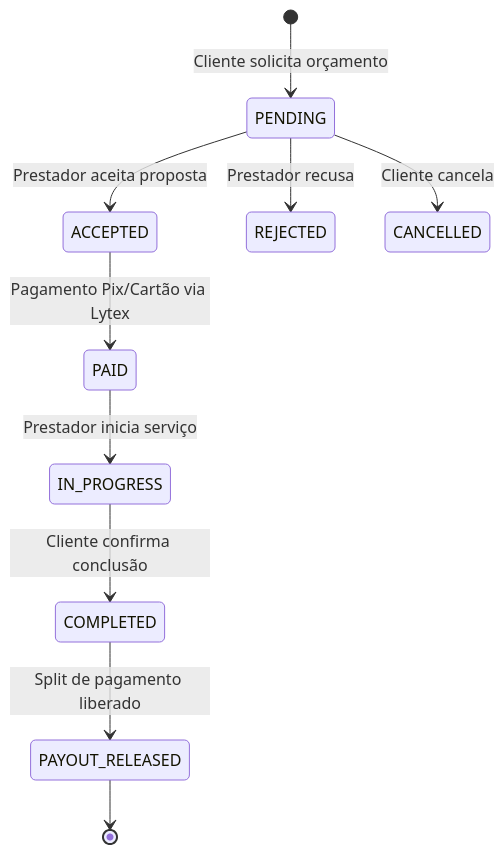
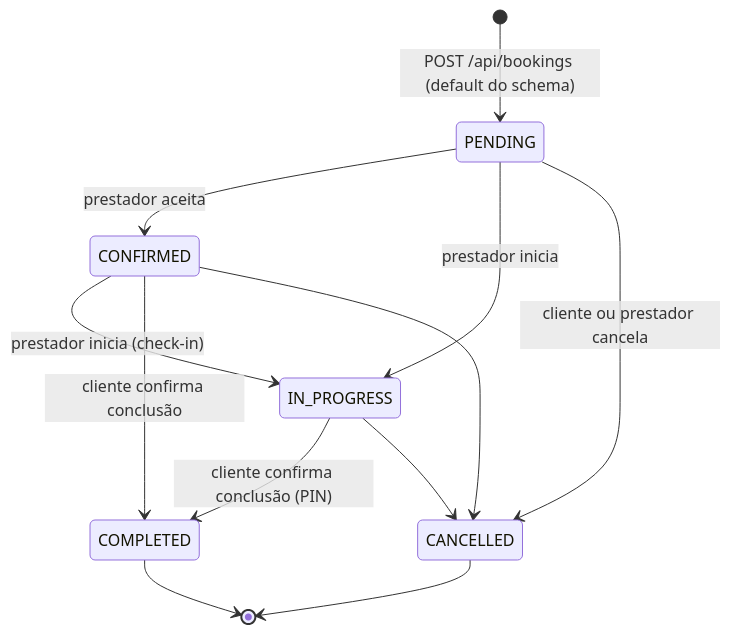
Before and after one commit to severinno/severinno: the second of 2 diagrams in docs/ARCHITECTURE.md, drawn with Mermaid. The commit also changed other lines of this file and 42 other files, not shown here.

````diff
--- a/docs/ARCHITECTURE.md
+++ b/docs/ARCHITECTURE.md
@@ -55,14 +61,17 @@
 ```mermaid
 stateDiagram-v2
-    [*] --> PENDING: Cliente solicita orçamento
-    PENDING --> ACCEPTED: Prestador aceita proposta
-    PENDING --> REJECTED: Prestador recusa
-    PENDING --> CANCELLED: Cliente cancela
+    [*] --> PENDING: POST /api/bookings (default do schema)
+    PENDING --> CONFIRMED: prestador aceita
+    PENDING --> IN_PROGRESS: prestador inicia
+    PENDING --> CANCELLED: cliente ou prestador cancela
 
-    ACCEPTED --> PAID: Pagamento Pix/Cartão via Lytex
-    PAID --> IN_PROGRESS: Prestador inicia serviço
-    IN_PROGRESS --> COMPLETED: Cliente confirma conclusão
+    CONFIRMED --> IN_PROGRESS: prestador inicia (check-in)
+    CONFIRMED --> COMPLETED: cliente confirma conclusão
+    CONFIRMED --> CANCELLED
 
-    COMPLETED --> PAYOUT_RELEASED: Split de pagamento liberado
-    PAYOUT_RELEASED --> [*]
+    IN_PROGRESS --> COMPLETED: cliente confirma conclusão (PIN)
+    IN_PROGRESS --> CANCELLED
+
+    COMPLETED --> [*]
+    CANCELLED --> [*]
 ```
````
